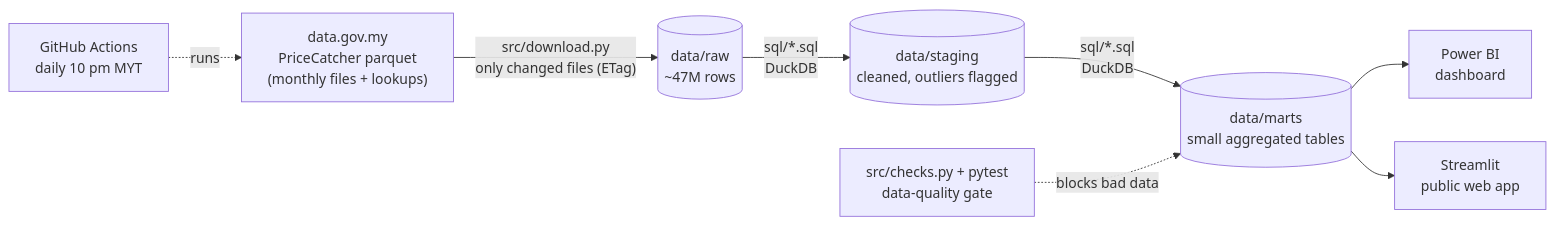
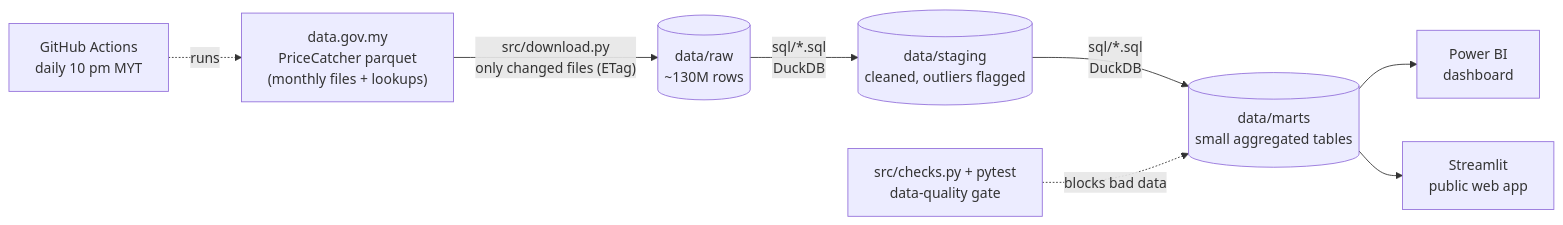
Before and after one commit to Faryaan-Khan/nasi-lemak-index: the diagram in README.md, drawn with Mermaid. The commit also changed other lines of this file and 16 other files, not shown here.

````diff
--- a/README.md
+++ b/README.md
@@ -57,10 +59,10 @@
 ```mermaid
 flowchart LR
-    A["data.gov.my<br/>PriceCatcher parquet<br/>(monthly files + lookups)"] -->|"src/download.py<br/>only changed files (ETag)"| B[("data/raw<br/>~47M rows")]
+    A["data.gov.my<br/>PriceCatcher parquet<br/>(monthly files + lookups)"] -->|"src/download.py<br/>only changed files (ETag)"| B[("data/raw<br/>~130M rows")]
     B -->|"sql/*.sql<br/>DuckDB"| C[("data/staging<br/>cleaned, outliers flagged")]
     C -->|"sql/*.sql<br/>DuckDB"| D[("data/marts<br/>small aggregated tables")]
     D --> E["Power BI<br/>dashboard"]
     D --> F["Streamlit<br/>public web app"]
     G["GitHub Actions<br/>daily 10 pm MYT"] -. runs .-> A
     H["src/checks.py + pytest<br/>data-quality gate"] -. "blocks bad data" .-> D
 ```
````
